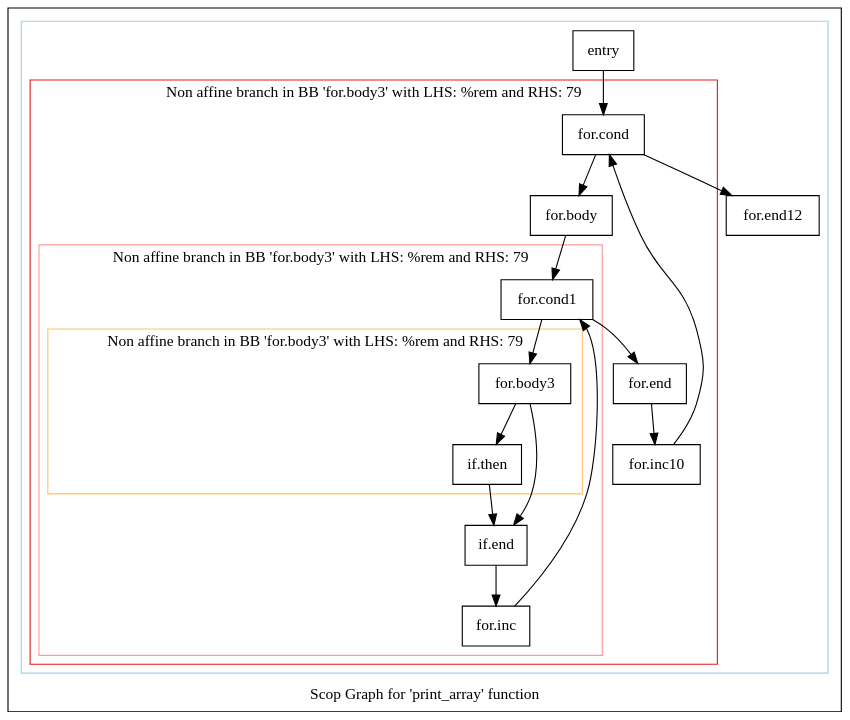
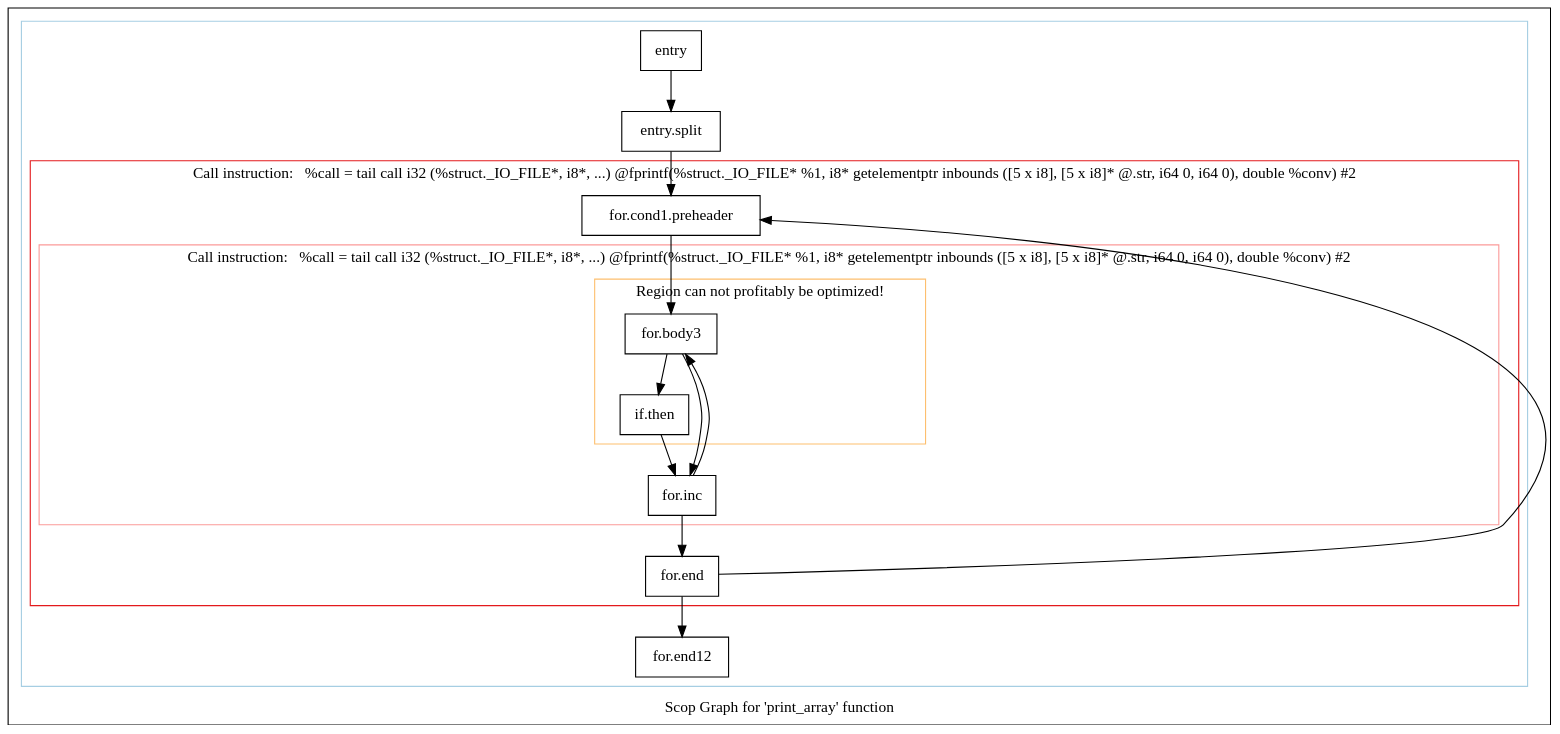
Before and after one commit to intel/quantum-intrinsics: the diagram in polly/www/experiments/matmul/scopsonly.print_array.dot, drawn with Graphviz. The commit also changed 20 other files, not shown here.

```diff
--- a/polly/www/experiments/matmul/scopsonly.print_array.dot
+++ b/polly/www/experiments/matmul/scopsonly.print_array.dot
@@ -1,60 +1,51 @@
 digraph "Scop Graph for 'print_array' function" {
 	label="Scop Graph for 'print_array' function";
 
-	Node0x17d2200 [shape=record,label="{entry}"];
-	Node0x17d2200 -> Node0x17d4f20;
-	Node0x17d4f20 [shape=record,label="{for.cond}"];
-	Node0x17d4f20 -> Node0x17d9fd0;
-	Node0x17d4f20 -> Node0x17da030;
-	Node0x17d9fd0 [shape=record,label="{for.body}"];
-	Node0x17d9fd0 -> Node0x17da120;
-	Node0x17da120 [shape=record,label="{for.cond1}"];
-	Node0x17da120 -> Node0x17da180;
-	Node0x17da120 -> Node0x17da1e0;
-	Node0x17da180 [shape=record,label="{for.body3}"];
-	Node0x17da180 -> Node0x17da090;
-	Node0x17da180 -> Node0x17da0f0;
-	Node0x17da090 [shape=record,label="{if.then}"];
-	Node0x17da090 -> Node0x17da0f0;
-	Node0x17da0f0 [shape=record,label="{if.end}"];
-	Node0x17da0f0 -> Node0x17da390;
-	Node0x17da390 [shape=record,label="{for.inc}"];
-	Node0x17da390 -> Node0x17da120[constraint=false];
-	Node0x17da1e0 [shape=record,label="{for.end}"];
-	Node0x17da1e0 -> Node0x17d9e40;
-	Node0x17d9e40 [shape=record,label="{for.inc10}"];
-	Node0x17d9e40 -> Node0x17d4f20[constraint=false];
-	Node0x17da030 [shape=record,label="{for.end12}"];
+	Node0x5ae5e30 [shape=record,label="{entry}"];
+	Node0x5ae5e30 -> Node0x5ae5f50;
+	Node0x5ae5f50 [shape=record,label="{entry.split}"];
+	Node0x5ae5f50 -> Node0x5ae7d90;
+	Node0x5ae7d90 [shape=record,label="{for.cond1.preheader}"];
+	Node0x5ae7d90 -> Node0x5ae7f20;
+	Node0x5ae7f20 [shape=record,label="{for.body3}"];
+	Node0x5ae7f20 -> Node0x5ae7f40;
+	Node0x5ae7f20 -> Node0x5ae7f60;
+	Node0x5ae7f40 [shape=record,label="{if.then}"];
+	Node0x5ae7f40 -> Node0x5ae7f60;
+	Node0x5ae7f60 [shape=record,label="{for.inc}"];
+	Node0x5ae7f60 -> Node0x5ae7f20[constraint=false];
+	Node0x5ae7f60 -> Node0x5ae7e30;
+	Node0x5ae7e30 [shape=record,label="{for.end}"];
+	Node0x5ae7e30 -> Node0x5ae7d90[constraint=false];
+	Node0x5ae7e30 -> Node0x5ae8110;
+	Node0x5ae8110 [shape=record,label="{for.end12}"];
 	colorscheme = "paired12"
-        subgraph cluster_0x17d38f0 {
+        subgraph cluster_0x5abb9a0 {
           label = "";
           style = solid;
           color = 1
-          subgraph cluster_0x17d4030 {
-            label = "Non affine branch in BB 'for.body3' with LHS: %rem and RHS: 79";
+          subgraph cluster_0x5ae32c0 {
+            label = "Call instruction:   %call = tail call i32 (%struct._IO_FILE*, i8*, ...) @fprintf(%struct._IO_FILE* %1, i8* getelementptr inbounds ([5 x i8], [5 x i8]* @.str, i64 0, i64 0), double %conv) #2";
             style = solid;
             color = 6
-            subgraph cluster_0x17d3fb0 {
-              label = "Non affine branch in BB 'for.body3' with LHS: %rem and RHS: 79";
+            subgraph cluster_0x5ae3240 {
+              label = "Call instruction:   %call = tail call i32 (%struct._IO_FILE*, i8*, ...) @fprintf(%struct._IO_FILE* %1, i8* getelementptr inbounds ([5 x i8], [5 x i8]* @.str, i64 0, i64 0), double %conv) #2";
               style = solid;
               color = 5
-              subgraph cluster_0x17d3f30 {
-                label = "Non affine branch in BB 'for.body3' with LHS: %rem and RHS: 79";
+              subgraph cluster_0x5abba20 {
+                label = "Region can not profitably be optimized!";
                 style = solid;
                 color = 7
-                Node0x17da180;
-                Node0x17da090;
+                Node0x5ae7f20;
+                Node0x5ae7f40;
               }
-              Node0x17da120;
-              Node0x17da0f0;
-              Node0x17da390;
+              Node0x5ae7f60;
             }
-            Node0x17d4f20;
-            Node0x17d9fd0;
-            Node0x17da1e0;
-            Node0x17d9e40;
+            Node0x5ae7d90;
+            Node0x5ae7e30;
           }
-          Node0x17d2200;
-          Node0x17da030;
+          Node0x5ae5e30;
+          Node0x5ae5f50;
+          Node0x5ae8110;
         }
 }
```
